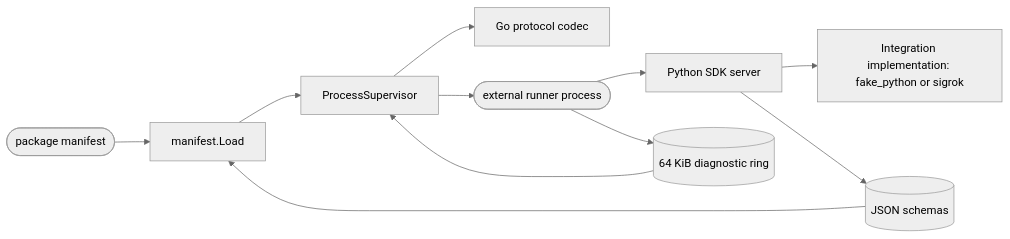
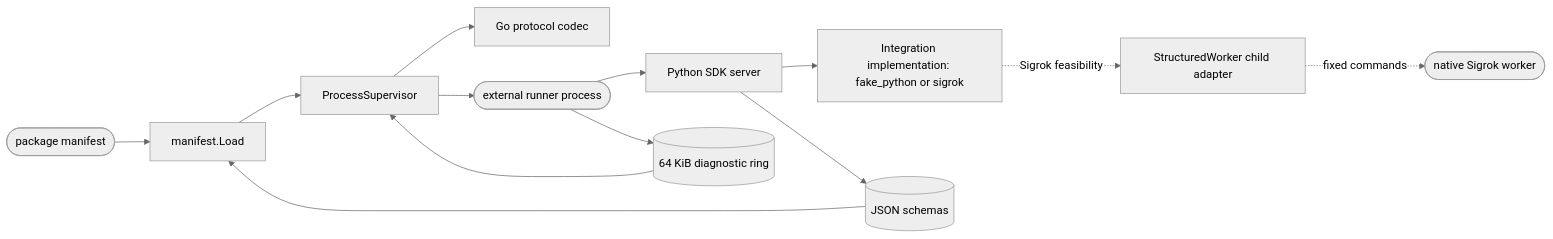
The diagram in .agentic/knowledge/integration-platform.md (DDP-Engineering/2026_Networked_Intelligent_Lab_Orchestrator), drawn with Mermaid (neutral theme) before and after one commit. The commit also changed other lines of this file and 21 other files, not shown here.

First line of the commit message:
feat(sigrok): prove structured worker feasibility

````diff
--- a/.agentic/knowledge/integration-platform.md
+++ b/.agentic/knowledge/integration-platform.md
@@ -36,22 +41,24 @@
 ```mermaid
 flowchart LR
     manifest(["package manifest"])
     loader["manifest.Load"]
     supervisor["ProcessSupervisor"]
     codec["Go protocol codec"]
     process(["external runner process"])
     sdk["Python SDK server"]
     plugin["Integration implementation: fake_python or sigrok"]
     schemas[("JSON schemas")]
     stderr[("64 KiB diagnostic ring")]
     manifest --> loader
     schemas --> loader
     loader --> supervisor
     supervisor --> process
     supervisor --> codec
     process --> sdk
     sdk --> plugin
+    plugin -. Sigrok feasibility .-> worker["StructuredWorker child adapter"]
+    worker -. fixed commands .-> native(["native Sigrok worker"])
     sdk --> schemas
     process --> stderr
     stderr --> supervisor
 ```
````
